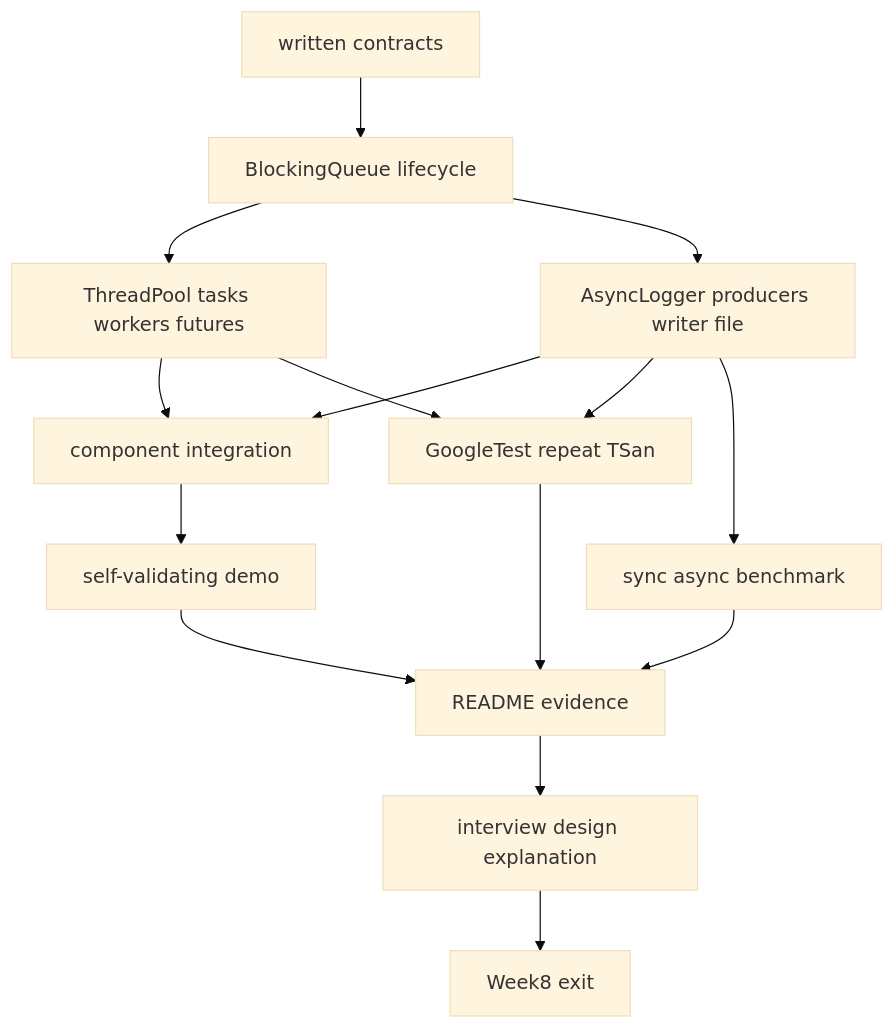
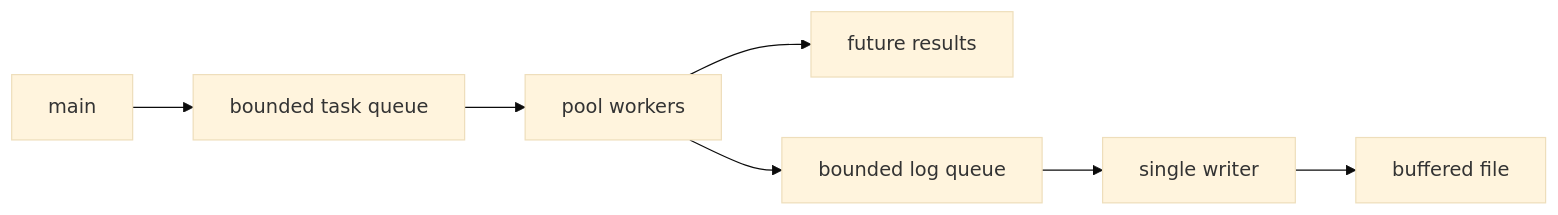
The third of 3 diagrams in week8/day7/day7.md (FxorG00/system-learning-notes), drawn with Mermaid (base theme) before and after one commit. The commit also changed other lines of this file and 17 other files, not shown here.

````diff
--- a/week8/day7/day7.md
+++ b/week8/day7/day7.md
@@ -1611,17 +921,9 @@
-```mermaid
-flowchart TD
-    A[written contracts] --> B[BlockingQueue lifecycle]
-    B --> C[ThreadPool tasks workers futures]
-    B --> D[AsyncLogger producers writer file]
-    C --> E[component integration]
-    D --> E
-    C --> F[GoogleTest repeat TSan]
-    D --> F
-    D --> G[sync async benchmark]
-    E --> H[self-validating demo]
-    F --> I[README evidence]
-    G --> I
-    H --> I
-    I --> J[interview design explanation]
-    J --> K[Week8 exit]
-```
+~~~mermaid
+flowchart LR
+    U[main] --> TQ[bounded task queue]
+    TQ --> W[pool workers]
+    W --> R[future results]
+    W --> LQ[bounded log queue]
+    LQ --> LW[single writer]
+    LW --> F[buffered file]
+~~~
````
